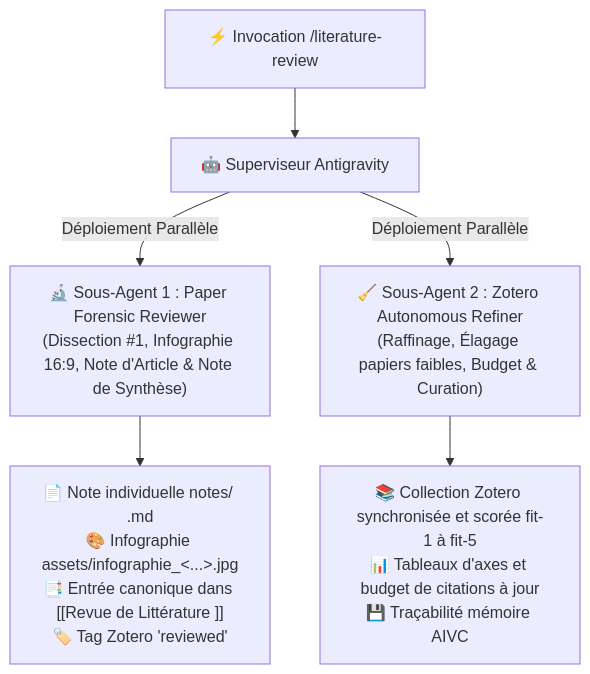
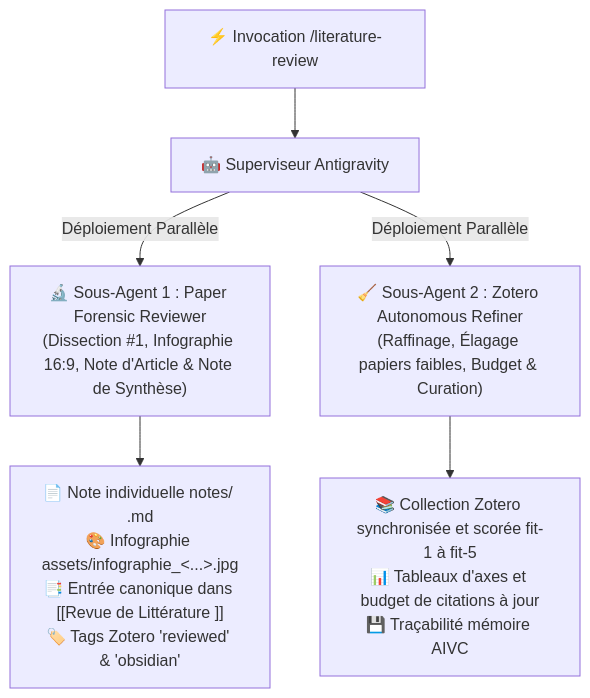
One commit to hjamet/cursor-memory-bank changed the diagram in src/skills/literature-review/SKILL.md. Above: the diagram before and after it, drawn with Mermaid. The commit also changed other lines of this file, not shown here.

Commit message:
docs(literature-review): switch canvas tag to obsidian tag

````diff
--- a/src/skills/literature-review/SKILL.md
+++ b/src/skills/literature-review/SKILL.md
@@ -26,10 +27,10 @@
 ```mermaid
 flowchart TD
     INV["⚡ Invocation /literature-review"] --> SUP["🤖 Superviseur Antigravity"]
     
     SUP -->|Déploiement Parallèle| AG1["🔬 Sous-Agent 1 : Paper Forensic Reviewer<br/>(Dissection #1, Infographie 16:9, Note d'Article & Note de Synthèse)"]
     SUP -->|Déploiement Parallèle| AG2["🧹 Sous-Agent 2 : Zotero Autonomous Refiner<br/>(Raffinage, Élagage papiers faibles, Budget & Curation)"]
     
-    AG1 --> OUT1["📄 Note individuelle notes/<Année> <Titre>.md<br/>🎨 Infographie assets/infographie_<...>.jpg<br/>📑 Entrée canonique dans [[Revue de Littérature <Projet>]]<br/>🏷️ Tag Zotero 'reviewed'"]
+    AG1 --> OUT1["📄 Note individuelle notes/<Année> <Titre>.md<br/>🎨 Infographie assets/infographie_<...>.jpg<br/>📑 Entrée canonique dans [[Revue de Littérature <Projet>]]<br/>🏷️ Tags Zotero 'reviewed' & 'obsidian'"]
     AG2 --> OUT2["📚 Collection Zotero synchronisée et scorée fit-1 à fit-5<br/>📊 Tableaux d'axes et budget de citations à jour<br/>💾 Traçabilité mémoire AIVC"]
 ```
````
